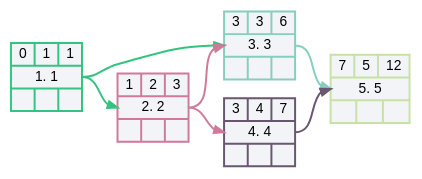
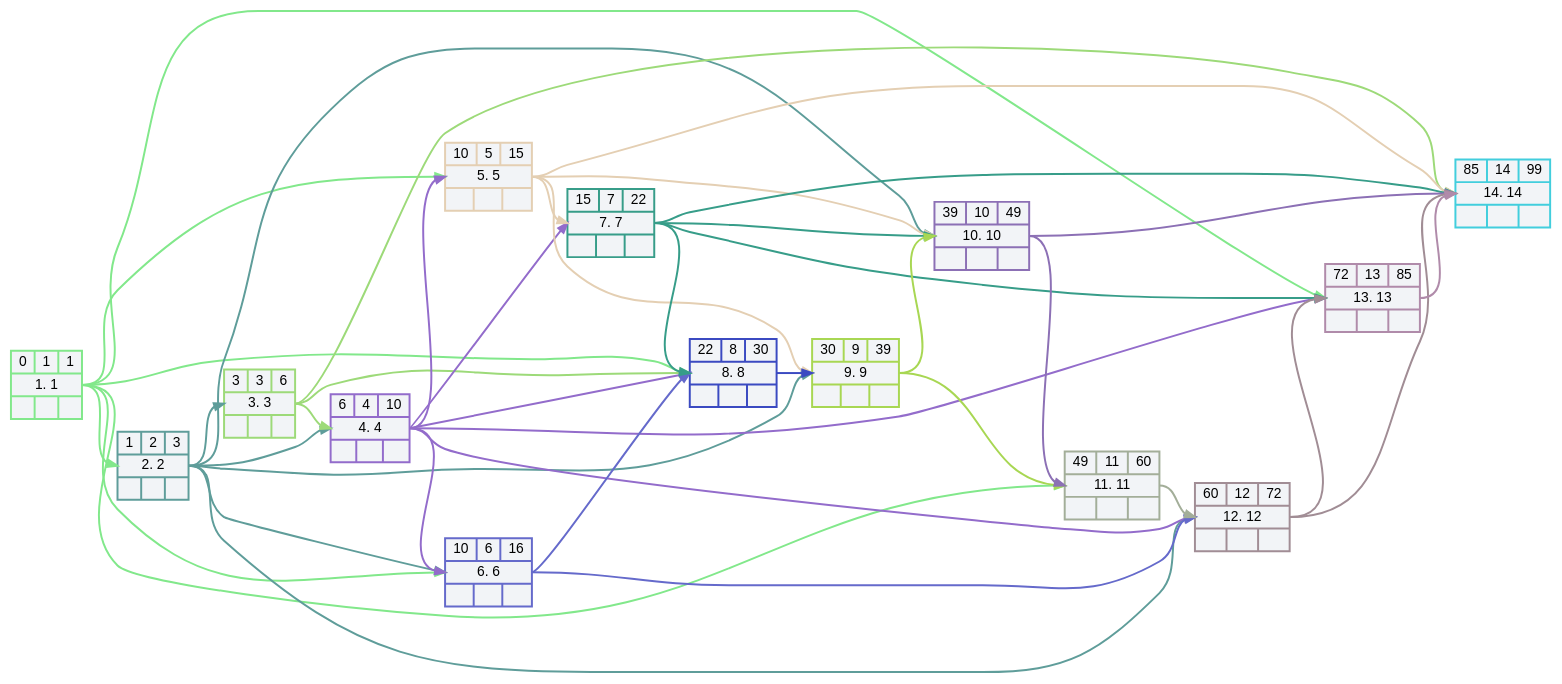
Before and after one commit to DVin-programmer/networkGraphics: the diagram in files/NetworkGraph02.gv, drawn with Graphviz. The commit also changed 12 other files, not shown here.

```diff
--- a/files/NetworkGraph02.gv
+++ b/files/NetworkGraph02.gv
@@ -1,21 +1,64 @@
         digraph NetworkGraph02
         {
            //graph [charset = "utf8"]
            rankdir = LR
            layout = dot
            splines = spline
            node [style = "filled, bold", fillcolor = "#f2f4f7", fontname = "Arial"]
            edge [penwidth = 2]
-           v1 [fontname = "Arial",color = "#34c381", shape = record, label = "{ 0 | 1 | 1 } |  <mI1> 1. 1 | { |  |  }"]
-   v2 [fontname = "Arial",color = "#d07a9a", shape = record, label = "{ 1 | 2 | 3 } |  <mI2> 2. 2 | { |  |  }"]
-   v3 [fontname = "Arial",color = "#86cebe", shape = record, label = "{ 3 | 3 | 6 } |  <mI3> 3. 3 | { |  |  }"]
-   v4 [fontname = "Arial",color = "#695671", shape = record, label = "{ 3 | 4 | 7 } |  <mI4> 4. 4 | { |  |  }"]
-   v5 [fontname = "Arial",color = "#c8e1a6", shape = record, label = "{ 7 | 5 | 12 } |  <mI5> 5. 5 | { |  |  }"]
-   v1:<mI1> -> v2:<mI2> [color = "#34c381"]
-   v2:<mI2> -> v3:<mI3> [color = "#d07a9a"]
-   v1:<mI1> -> v3:<mI3> [color = "#34c381"]
-   v2:<mI2> -> v4:<mI4> [color = "#d07a9a"]
-   v3:<mI3> -> v5:<mI5> [color = "#86cebe"]
-   v4:<mI4> -> v5:<mI5> [color = "#695671"]
+           v1 [fontname = "Arial",color = "#82e88b", shape = record, label = "{ 0 | 1 | 1 } |  <mI1> 1. 1 | { |  |  }"]
+   v2 [fontname = "Arial",color = "#5f9d9a", shape = record, label = "{ 1 | 2 | 3 } |  <mI2> 2. 2 | { |  |  }"]
+   v3 [fontname = "Arial",color = "#9dda79", shape = record, label = "{ 3 | 3 | 6 } |  <mI3> 3. 3 | { |  |  }"]
+   v4 [fontname = "Arial",color = "#936ccb", shape = record, label = "{ 6 | 4 | 10 } |  <mI4> 4. 4 | { |  |  }"]
+   v5 [fontname = "Arial",color = "#e4cfb3", shape = record, label = "{ 10 | 5 | 15 } |  <mI5> 5. 5 | { |  |  }"]
+   v6 [fontname = "Arial",color = "#656acb", shape = record, label = "{ 10 | 6 | 16 } |  <mI6> 6. 6 | { |  |  }"]
+   v7 [fontname = "Arial",color = "#379d89", shape = record, label = "{ 15 | 7 | 22 } |  <mI7> 7. 7 | { |  |  }"]
+   v8 [fontname = "Arial",color = "#3b4ac1", shape = record, label = "{ 22 | 8 | 30 } |  <mI8> 8. 8 | { |  |  }"]
+   v9 [fontname = "Arial",color = "#a8d753", shape = record, label = "{ 30 | 9 | 39 } |  <mI9> 9. 9 | { |  |  }"]
+   v10 [fontname = "Arial",color = "#8c70b5", shape = record, label = "{ 39 | 10 | 49 } |  <mI10> 10. 10 | { |  |  }"]
+   v11 [fontname = "Arial",color = "#a3ae99", shape = record, label = "{ 49 | 11 | 60 } |  <mI11> 11. 11 | { |  |  }"]
+   v12 [fontname = "Arial",color = "#a18d95", shape = record, label = "{ 60 | 12 | 72 } |  <mI12> 12. 12 | { |  |  }"]
+   v13 [fontname = "Arial",color = "#b08baa", shape = record, label = "{ 72 | 13 | 85 } |  <mI13> 13. 13 | { |  |  }"]
+   v14 [fontname = "Arial",color = "#42cedd", shape = record, label = "{ 85 | 14 | 99 } |  <mI14> 14. 14 | { |  |  }"]
+   v7:<mI7> -> v10:<mI10> [color = "#379d89"]
+   v9:<mI9> -> v10:<mI10> [color = "#a8d753"]
+   v9:<mI9> -> v11:<mI11> [color = "#a8d753"]
+   v7:<mI7> -> v14:<mI14> [color = "#379d89"]
+   v5:<mI5> -> v14:<mI14> [color = "#e4cfb3"]
+   v4:<mI4> -> v12:<mI12> [color = "#936ccb"]
+   v2:<mI2> -> v10:<mI10> [color = "#5f9d9a"]
+   v5:<mI5> -> v10:<mI10> [color = "#e4cfb3"]
+   v6:<mI6> -> v12:<mI12> [color = "#656acb"]
+   v7:<mI7> -> v13:<mI13> [color = "#379d89"]
+   v2:<mI2> -> v12:<mI12> [color = "#5f9d9a"]
+   v1:<mI1> -> v11:<mI11> [color = "#82e88b"]
+   v1:<mI1> -> v13:<mI13> [color = "#82e88b"]
+   v3:<mI3> -> v14:<mI14> [color = "#9dda79"]
+   v4:<mI4> -> v13:<mI13> [color = "#936ccb"]
+   v1:<mI1> -> v2:<mI2> [color = "#82e88b"]
+   v2:<mI2> -> v3:<mI3> [color = "#5f9d9a"]
+   v2:<mI2> -> v4:<mI4> [color = "#5f9d9a"]
+   v3:<mI3> -> v4:<mI4> [color = "#9dda79"]
+   v4:<mI4> -> v5:<mI5> [color = "#936ccb"]
+   v1:<mI1> -> v5:<mI5> [color = "#82e88b"]
+   v4:<mI4> -> v6:<mI6> [color = "#936ccb"]
+   v1:<mI1> -> v6:<mI6> [color = "#82e88b"]
+   v2:<mI2> -> v6:<mI6> [color = "#5f9d9a"]
+   v4:<mI4> -> v7:<mI7> [color = "#936ccb"]
+   v5:<mI5> -> v7:<mI7> [color = "#e4cfb3"]
+   v3:<mI3> -> v8:<mI8> [color = "#9dda79"]
+   v4:<mI4> -> v8:<mI8> [color = "#936ccb"]
+   v6:<mI6> -> v8:<mI8> [color = "#656acb"]
+   v7:<mI7> -> v8:<mI8> [color = "#379d89"]
+   v1:<mI1> -> v8:<mI8> [color = "#82e88b"]
+   v5:<mI5> -> v9:<mI9> [color = "#e4cfb3"]
+   v8:<mI8> -> v9:<mI9> [color = "#3b4ac1"]
+   v2:<mI2> -> v9:<mI9> [color = "#5f9d9a"]
+   v10:<mI10> -> v11:<mI11> [color = "#8c70b5"]
+   v11:<mI11> -> v12:<mI12> [color = "#a3ae99"]
+   v12:<mI12> -> v13:<mI13> [color = "#a18d95"]
+   v13:<mI13> -> v14:<mI14> [color = "#b08baa"]
+   v12:<mI12> -> v14:<mI14> [color = "#a18d95"]
+   v10:<mI10> -> v14:<mI14> [color = "#8c70b5"]
 
 }
```
